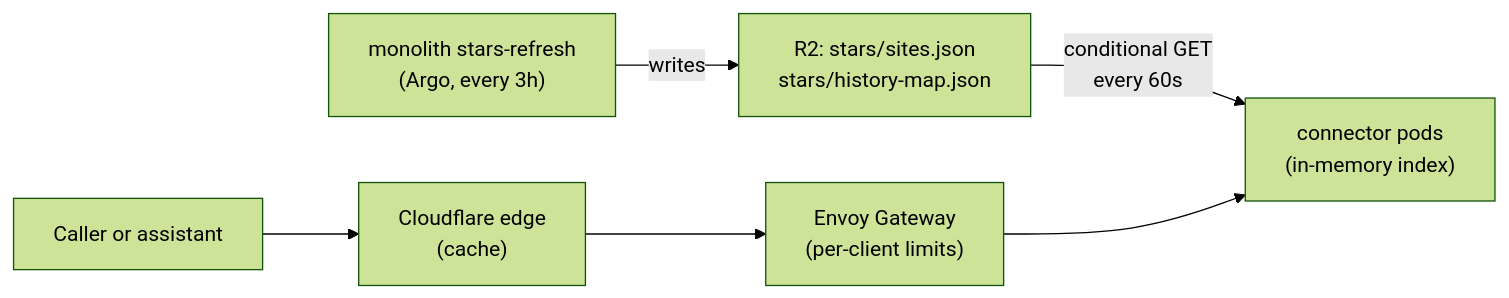
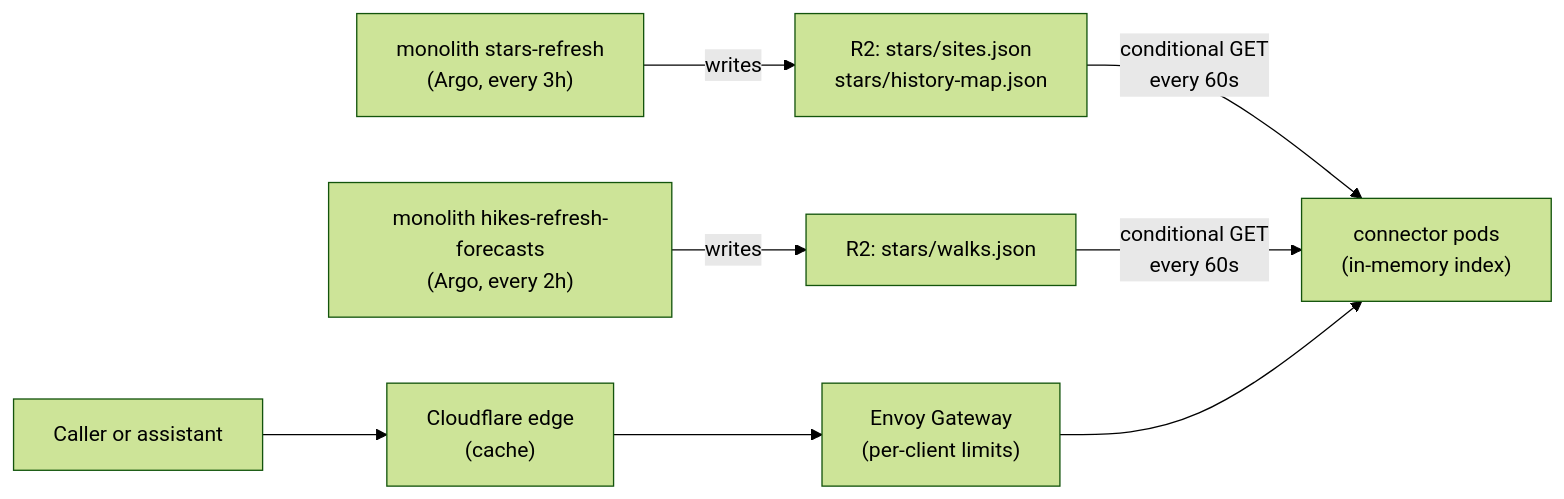
The diagram in projects/scotland-connector/ARCHITECTURE.md (jomcgi-org/homelab), drawn with Mermaid (forest theme) before and after one commit. The commit also changed other lines of this file and 26 other files, not shown here.

````diff
--- a/projects/scotland-connector/ARCHITECTURE.md
+++ b/projects/scotland-connector/ARCHITECTURE.md
@@ -12,6 +13,8 @@
 ```mermaid
 graph LR
     J["monolith stars-refresh<br/>(Argo, every 3h)"] -->|writes| R2["R2: stars/sites.json<br/>stars/history-map.json"]
+    H["monolith hikes-refresh-forecasts<br/>(Argo, every 2h)"] -->|writes| W["R2: stars/walks.json"]
     R2 -->|"conditional GET<br/>every 60s"| P["connector pods<br/>(in-memory index)"]
+    W -->|"conditional GET<br/>every 60s"| P
     C["Caller or assistant"] --> CF["Cloudflare edge<br/>(cache)"] --> E["Envoy Gateway<br/>(per-client limits)"] --> P
 ```
````
